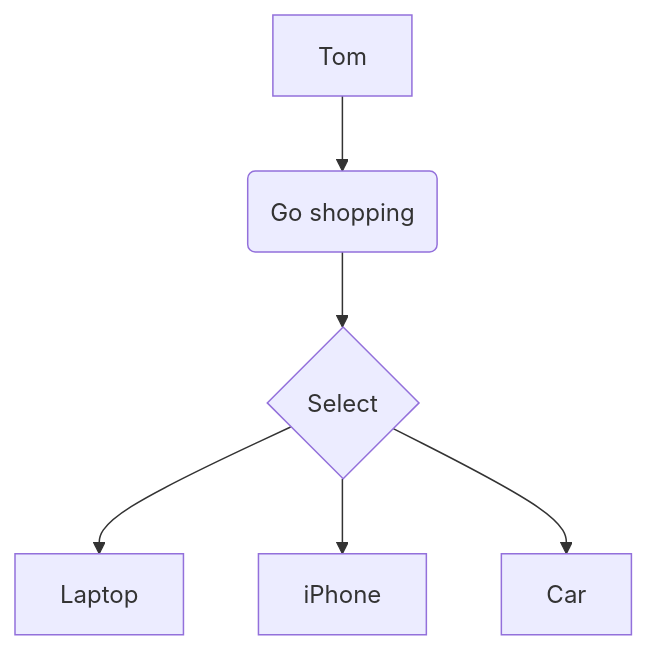
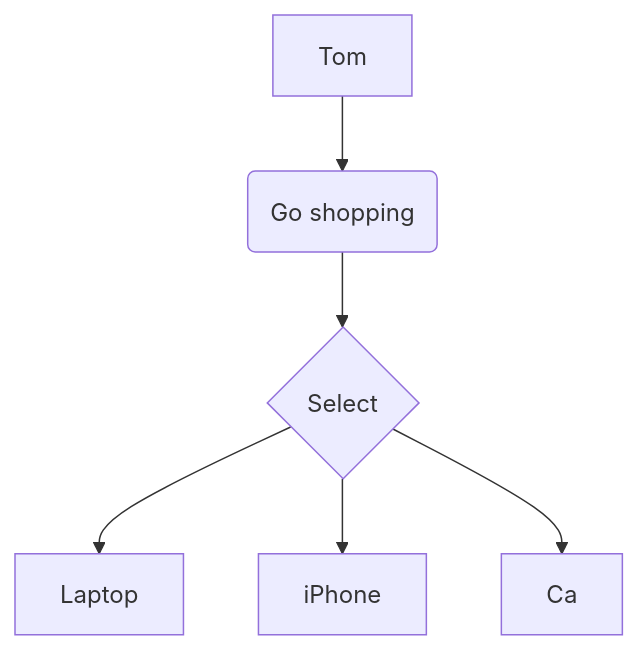
Before and after one commit to 123shuhai/iodraw-files: the diagram in all/未命名-1.md, drawn with Mermaid.

Commit message:
2025-05-06 16:16:19 update

````diff
--- a/all/未命名-1.md
+++ b/all/未命名-1.md
@@ -1,11 +1,11 @@
 ```mermaid
 graph TD
     A[Tom] --> B(Go shopping)
     B --> C{Select}
     C --> D[Laptop]
     C --> E[iPhone]
     C --> F[Car]
-    
+    F[Ca]
 
 
 ```
````
